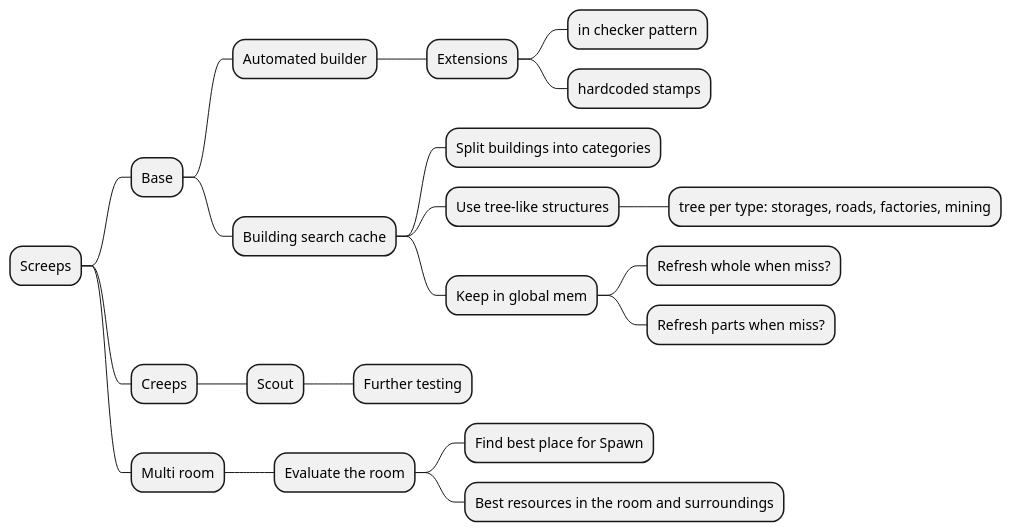
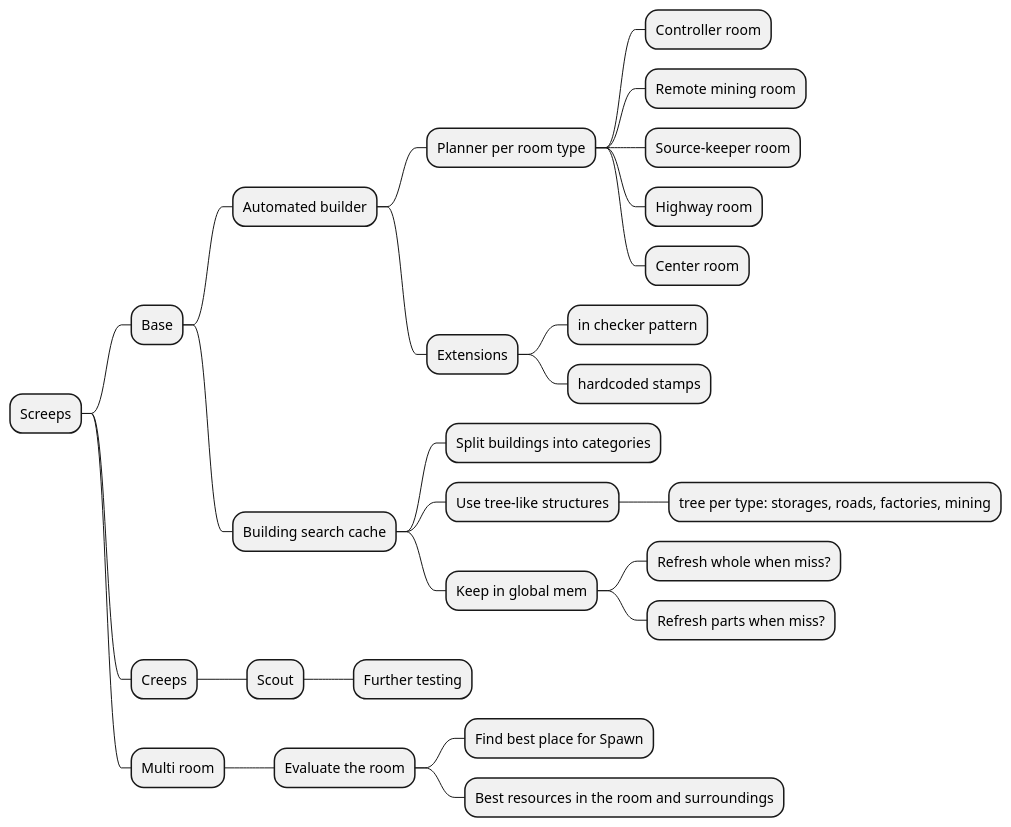
One commit to tomekbielaszewski/screeps-typescript changed the diagram in docs/mindmap.puml. Above: the diagram before and after it, drawn with PlantUML.

Commit message:
mind map: room planner

```diff
--- a/docs/mindmap.puml
+++ b/docs/mindmap.puml
@@ -1,26 +1,32 @@
 @startmindmap
 * Screeps
 
 ** Base
 *** Automated builder
+**** Planner per room type
+***** Controller room
+***** Remote mining room
+***** Source-keeper room
+***** Highway room
+***** Center room
 **** Extensions
 ***** in checker pattern
 ***** hardcoded stamps
 *** Building search cache
 **** Split buildings into categories
 **** Use tree-like structures
 ***** tree per type: storages, roads, factories, mining
 **** Keep in global mem
 ***** Refresh whole when miss?
 ***** Refresh parts when miss?
 
 ** Creeps
 *** Scout
 **** Further testing
 
 ** Multi room
 *** Evaluate the room
 **** Find best place for Spawn
 **** Best resources in the room and surroundings
 
 @endmindmap
```
